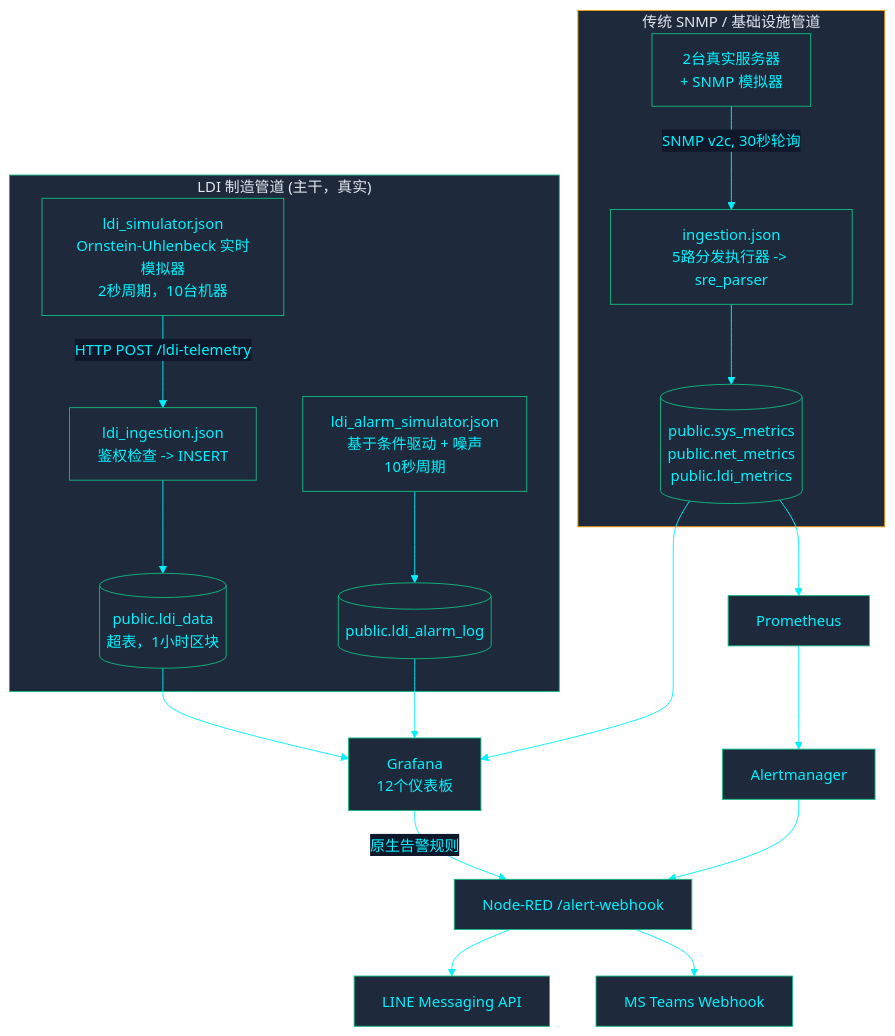
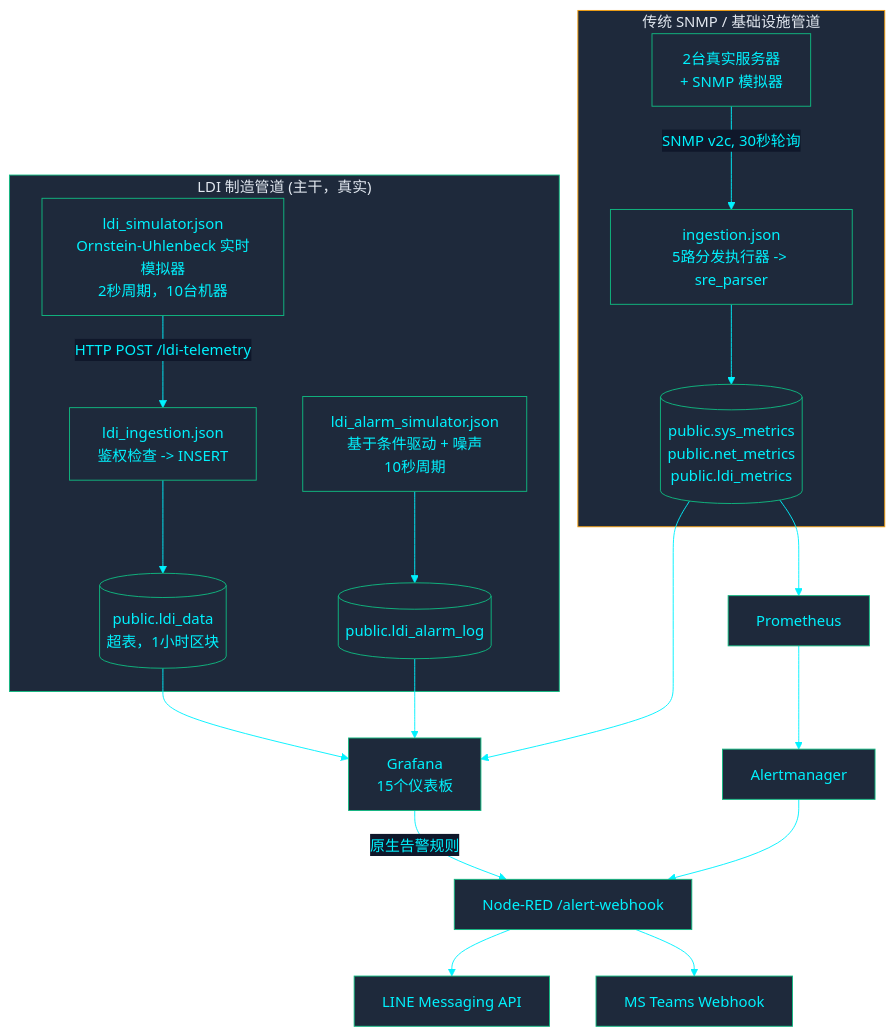
The diagram in docs/architecture/ARCHITECTURE-zh-CN.md (PATTANAKORN025/IMS), drawn with Mermaid before and after one commit. The commit also changed other lines of this file and 34 other files, not shown here.

````diff
--- a/docs/architecture/ARCHITECTURE-zh-CN.md
+++ b/docs/architecture/ARCHITECTURE-zh-CN.md
@@ -13,26 +13,26 @@
 ```mermaid
 %%{init: {'theme': 'base', 'themeVariables': { 'primaryColor': '#1e293b', 'primaryTextColor': '#00F2FE', 'primaryBorderColor': '#10B981', 'lineColor': '#00F2FE', 'secondaryColor': '#0f172a', 'tertiaryColor': '#0f172a', 'clusterBkg': '#030407', 'clusterBorder': '#00F2FE'}}}%%
 flowchart TB
  subgraph LDI ["LDI 制造管道 (主干，真实)"]
   SIM["ldi_simulator.json\nOrnstein-Uhlenbeck 实时模拟器\n2秒周期，10台机器"] -->|"HTTP POST /ldi-telemetry"| ING["ldi_ingestion.json\n鉴权检查 -> INSERT"]
   ING --> LDIDATA[("public.ldi_data\n超表，1小时区块")]
   ALMSIM["ldi_alarm_simulator.json\n基于条件驱动 + 噪声\n10秒周期"] --> ALARMLOG[("public.ldi_alarm_log")]
  end
 
  subgraph LEGACY ["传统 SNMP / 基础设施管道"]
   DEV["2台真实服务器\n+ SNMP 模拟器"] -->|"SNMP v2c, 30秒轮询"| NR["ingestion.json\n5路分发执行器 -> sre_parser"]
   NR --> SYSMETRICS[("public.sys_metrics\npublic.net_metrics\npublic.ldi_metrics")]
  end
 
- LDIDATA --> GRAFANA["Grafana\n12个仪表板"]
+ LDIDATA --> GRAFANA["Grafana\n15个仪表板"]
  ALARMLOG --> GRAFANA
  SYSMETRICS --> GRAFANA
  SYSMETRICS --> PROM["Prometheus"]
  GRAFANA -->|"原生告警规则"| NRWEBHOOK["Node-RED /alert-webhook"]
  PROM --> AM["Alertmanager"] --> NRWEBHOOK
  NRWEBHOOK --> LINE["LINE Messaging API"]
  NRWEBHOOK --> TEAMS["MS Teams Webhook"]
 
  style LDI fill:#1e293b,stroke:#10B981,color:#e2e8f0
  style LEGACY fill:#1e293b,stroke:#F59E0B,color:#e2e8f0
 ```
````
